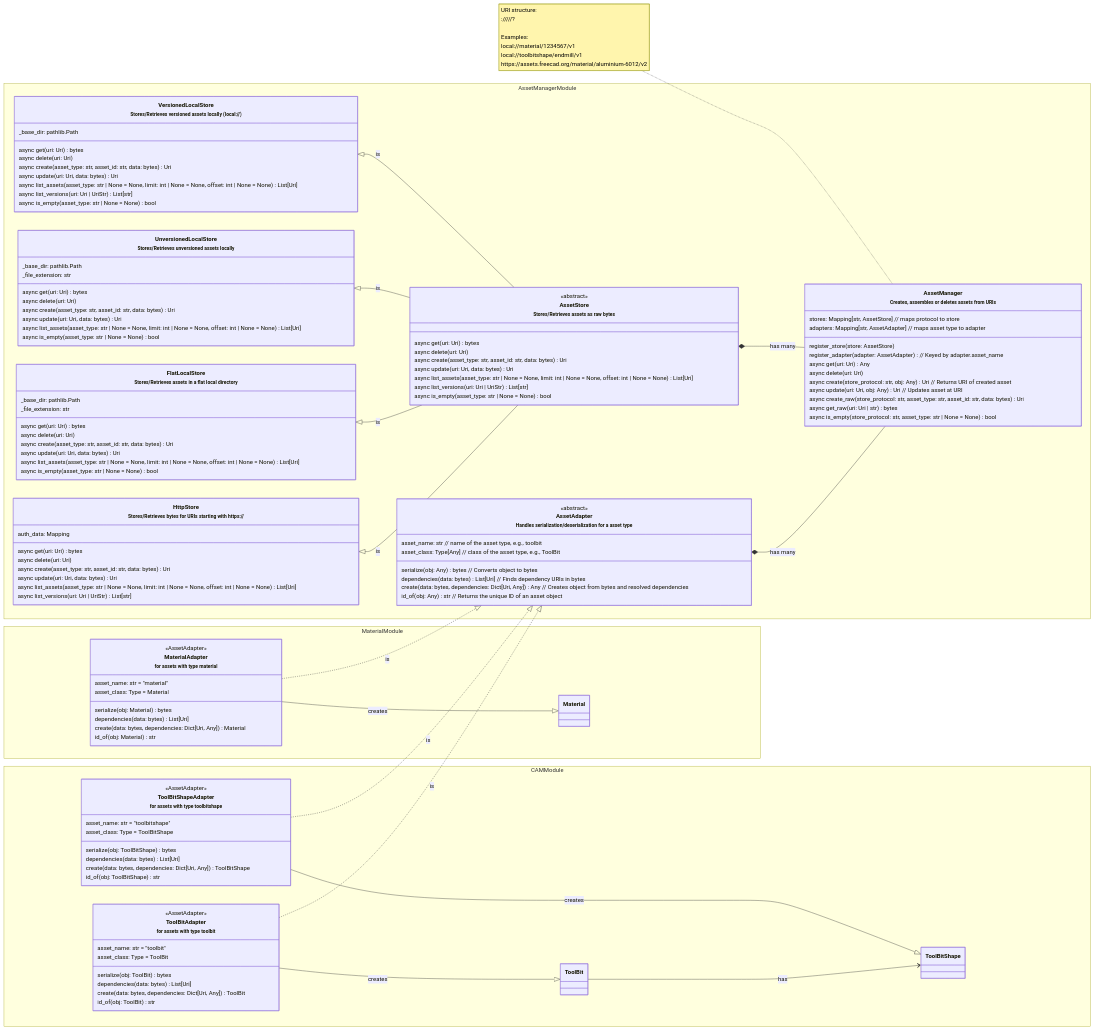
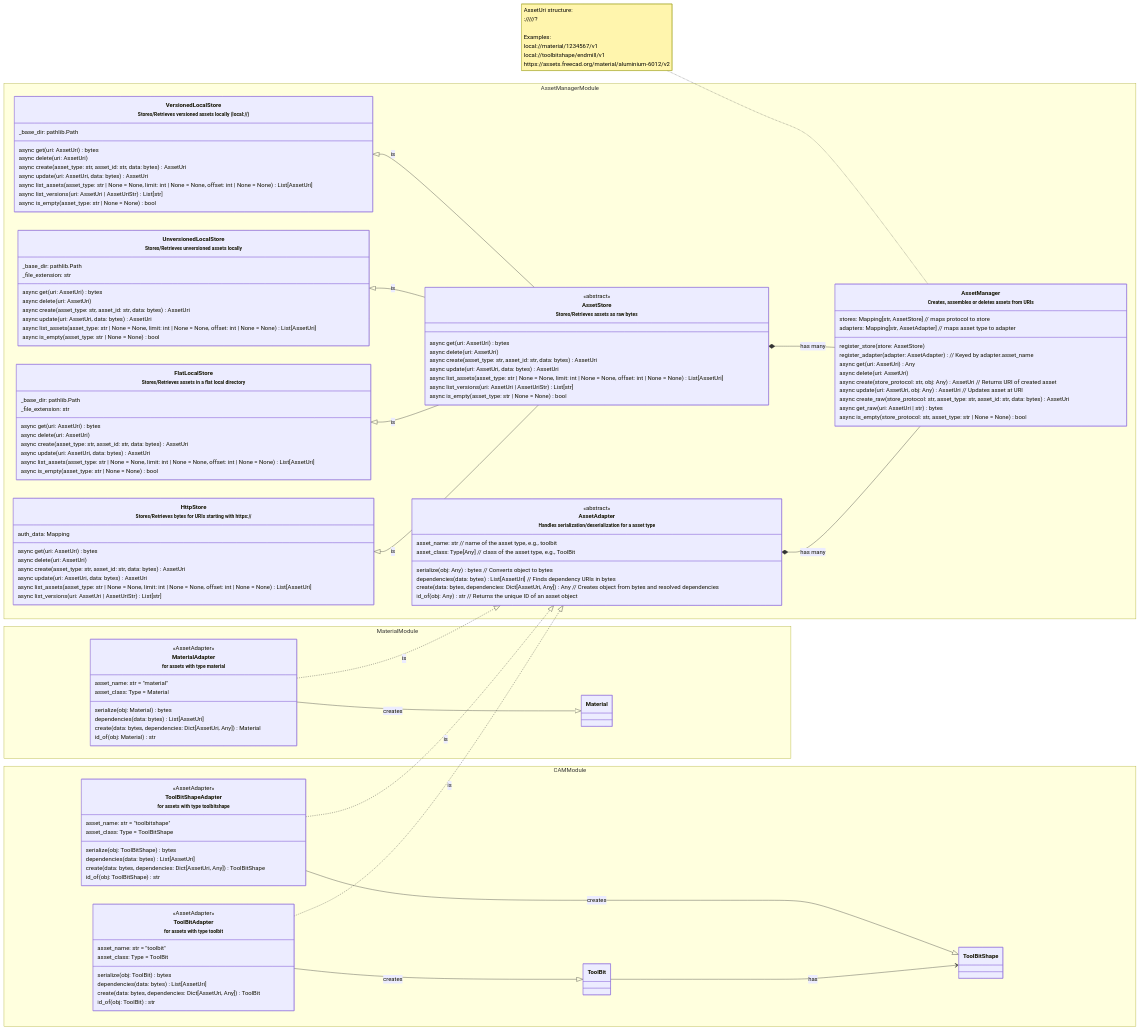
Before and after one commit to knipknap/FreeCAD: the diagram in src/Mod/CAM/Path/Tool/assets/README.md, drawn with Mermaid. The commit also changed other lines of this file and 12 other files, not shown here.

Commit message:
CAM: rename asset.Uri to AssetUri

```diff
--- a/src/Mod/CAM/Path/Tool/assets/README.md
+++ b/src/Mod/CAM/Path/Tool/assets/README.md
@@ -57,7 +57,7 @@
     direction LR
 
     %% -------------- Asset Manager Module --------------
-    note for AssetManager "URI structure:
+    note for AssetManager "AssetUri structure:
         <protocol>://<domain>/<asset_type>/<asset>/<version>\?<params><br/>
         Examples:
         local://material/1234567/v1
@@ -70,24 +70,24 @@
         adapters: Mapping[str, AssetAdapter]   // maps asset type to adapter
         register_store(store: AssetStore)
         register_adapter(adapter: AssetAdapter) // Keyed by adapter.asset_name
-        async get(uri: Uri) Any
-        async delete(uri: Uri)
-        async create(store_protocol: str, obj: Any) Uri // Returns URI of created asset
-        async update(uri: Uri, obj: Any) Uri // Updates asset at URI
-        async create_raw(store_protocol: str, asset_type: str, asset_id: str, data: bytes) Uri
-        async get_raw(uri: Uri | str) bytes
+        async get(uri: AssetUri) Any
+        async delete(uri: AssetUri)
+        async create(store_protocol: str, obj: Any) AssetUri // Returns URI of created asset
+        async update(uri: AssetUri, obj: Any) AssetUri // Updates asset at URI
+        async create_raw(store_protocol: str, asset_type: str, asset_id: str, data: bytes) AssetUri
+        async get_raw(uri: AssetUri | str) bytes
         async is_empty(store_protocol: str, asset_type: str | None = None) bool
     }
 
     class AssetStore["AssetStore
     <small>Stores/Retrieves assets as raw bytes</small>"] {
         <<abstract>>
-        async get(uri: Uri) bytes
-        async delete(uri: Uri)
-        async create(asset_type: str, asset_id: str, data: bytes) Uri
-        async update(uri: Uri, data: bytes) Uri
-        async list_assets(asset_type: str | None = None, limit: int | None = None, offset: int | None = None) List[Uri]
-        async list_versions(uri: Uri | UriStr) List[str]
+        async get(uri: AssetUri) bytes
+        async delete(uri: AssetUri)
+        async create(asset_type: str, asset_id: str, data: bytes) AssetUri
+        async update(uri: AssetUri, data: bytes) AssetUri
+        async list_assets(asset_type: str | None = None, limit: int | None = None, offset: int | None = None) List[AssetUri]
+        async list_versions(uri: AssetUri | AssetUriStr) List[str]
         async is_empty(asset_type: str | None = None) bool
     }
     AssetStore *-- AssetManager: has many
@@ -95,12 +95,12 @@
     class VersionedLocalStore["VersionedLocalStore
     <small>Stores/Retrieves versioned assets locally (local://)</small>"] {
         _base_dir: pathlib.Path
-        async get(uri: Uri) bytes
-        async delete(uri: Uri)
-        async create(asset_type: str, asset_id: str, data: bytes) Uri
-        async update(uri: Uri, data: bytes) Uri
-        async list_assets(asset_type: str | None = None, limit: int | None = None, offset: int | None = None) List[Uri]
-        async list_versions(uri: Uri | UriStr) List[str]
+        async get(uri: AssetUri) bytes
+        async delete(uri: AssetUri)
+        async create(asset_type: str, asset_id: str, data: bytes) AssetUri
+        async update(uri: AssetUri, data: bytes) AssetUri
+        async list_assets(asset_type: str | None = None, limit: int | None = None, offset: int | None = None) List[AssetUri]
+        async list_versions(uri: AssetUri | AssetUriStr) List[str]
         async is_empty(asset_type: str | None = None) bool
     }
     VersionedLocalStore <|-- AssetStore: is
@@ -109,11 +109,11 @@
     <small>Stores/Retrieves unversioned assets locally</small>"] {
         _base_dir: pathlib.Path
         _file_extension: str
-        async get(uri: Uri) bytes
-        async delete(uri: Uri)
-        async create(asset_type: str, asset_id: str, data: bytes) Uri
-        async update(uri: Uri, data: bytes) Uri
-        async list_assets(asset_type: str | None = None, limit: int | None = None, offset: int | None = None) List[Uri]
+        async get(uri: AssetUri) bytes
+        async delete(uri: AssetUri)
+        async create(asset_type: str, asset_id: str, data: bytes) AssetUri
+        async update(uri: AssetUri, data: bytes) AssetUri
+        async list_assets(asset_type: str | None = None, limit: int | None = None, offset: int | None = None) List[AssetUri]
         async is_empty(asset_type: str | None = None) bool
     }
     UnversionedLocalStore <|-- AssetStore: is
@@ -122,11 +122,11 @@
     <small>Stores/Retrieves assets in a flat local directory</small>"] {
         _base_dir: pathlib.Path
         _file_extension: str
-        async get(uri: Uri) bytes
-        async delete(uri: Uri)
-        async create(asset_type: str, asset_id: str, data: bytes) Uri
-        async update(uri: Uri, data: bytes) Uri
-        async list_assets(asset_type: str | None = None, limit: int | None = None, offset: int | None = None) List[Uri]
+        async get(uri: AssetUri) bytes
+        async delete(uri: AssetUri)
+        async create(asset_type: str, asset_id: str, data: bytes) AssetUri
+        async update(uri: AssetUri, data: bytes) AssetUri
+        async list_assets(asset_type: str | None = None, limit: int | None = None, offset: int | None = None) List[AssetUri]
         async is_empty(asset_type: str | None = None) bool
     }
     FlatLocalStore <|-- AssetStore: is
@@ -134,12 +134,12 @@
     class HttpStore["HttpStore
     <small>Stores/Retrieves bytes for URIs starting with https://</small>"] {
         auth_data: Mapping
-        async get(uri: Uri) bytes
-        async delete(uri: Uri)
-        async create(asset_type: str, asset_id: str, data: bytes) Uri
-        async update(uri: Uri, data: bytes) Uri
-        async list_assets(asset_type: str | None = None, limit: int | None = None, offset: int | None = None) List[Uri]
-        async list_versions(uri: Uri | UriStr) List[str]
+        async get(uri: AssetUri) bytes
+        async delete(uri: AssetUri)
+        async create(asset_type: str, asset_id: str, data: bytes) AssetUri
+        async update(uri: AssetUri, data: bytes) AssetUri
+        async list_assets(asset_type: str | None = None, limit: int | None = None, offset: int | None = None) List[AssetUri]
+        async list_versions(uri: AssetUri | AssetUriStr) List[str]
     }
     HttpStore <|-- AssetStore: is
 
@@ -149,8 +149,8 @@
         asset_class: Type[Any]  // class of the asset type, e.g., ToolBit
         
         serialize(obj: Any) bytes // Converts object to bytes
-        dependencies(data: bytes) List[Uri] // Finds dependency URIs in bytes
-        create(data: bytes, dependencies: Dict[Uri, Any]) Any // Creates object from bytes and resolved dependencies
+        dependencies(data: bytes) List[AssetUri] // Finds dependency URIs in bytes
+        create(data: bytes, dependencies: Dict[AssetUri, Any]) Any // Creates object from bytes and resolved dependencies
         id_of(obj: Any) str // Returns the unique ID of an asset object
     }
     AssetAdapter *-- AssetManager: has many
@@ -171,8 +171,8 @@
         asset_name: str = "toolbitshape"
         asset_class: Type = ToolBitShape
         serialize(obj: ToolBitShape) bytes
-        dependencies(data: bytes) List[Uri]
-        create(data: bytes, dependencies: Dict[Uri, Any]) ToolBitShape
+        dependencies(data: bytes) List[AssetUri]
+        create(data: bytes, dependencies: Dict[AssetUri, Any]) ToolBitShape
         id_of(obj: ToolBitShape) str
     }
     ToolBitShapeAdapter --|> ToolBitShape: creates
@@ -183,8 +183,8 @@
         asset_name: str = "toolbit"
         asset_class: Type = ToolBit
         serialize(obj: ToolBit) bytes
-        dependencies(data: bytes) List[Uri]
-        create(data: bytes, dependencies: Dict[Uri, Any]) ToolBit
+        dependencies(data: bytes) List[AssetUri]
+        create(data: bytes, dependencies: Dict[AssetUri, Any]) ToolBit
         id_of(obj: ToolBit) str
     }
     ToolBitAdapter --|> ToolBit: creates
@@ -204,8 +204,8 @@
         asset_name: str = "material"
         asset_class: Type = Material
         serialize(obj: Material) bytes
-        dependencies(data: bytes) List[Uri]
-        create(data: bytes, dependencies: Dict[Uri, Any]) Material
+        dependencies(data: bytes) List[AssetUri]
+        create(data: bytes, dependencies: Dict[AssetUri, Any]) Material
         id_of(obj: Material) str
     }
     MaterialAdapter --|> Material: creates
```
